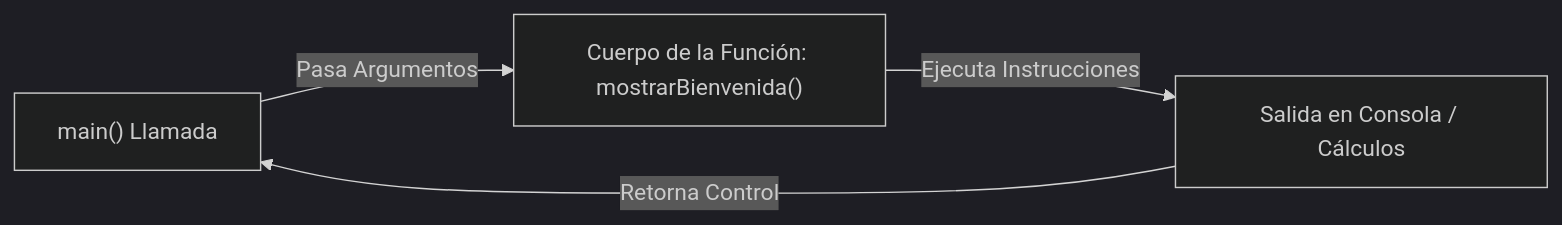
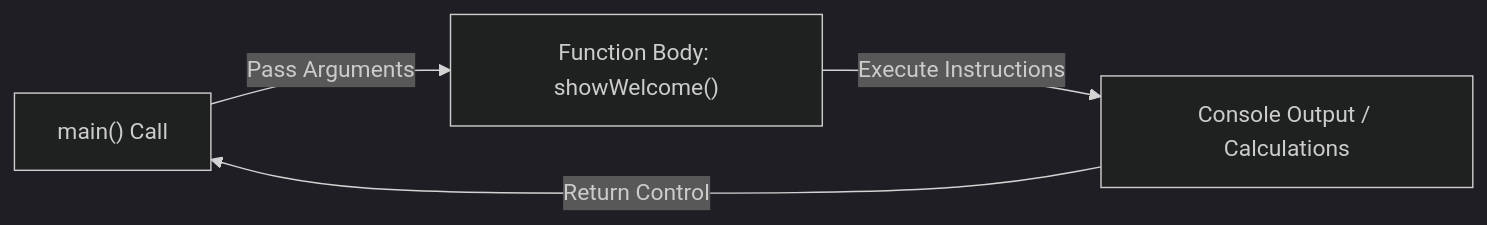
Before and after one commit to MiniLux0/LearningCpp: the diagram in 03_Subroutines/theory/L23_Functions.md, drawn with Mermaid (dark theme). The commit also changed 10 other files, not shown here.

Commit message:
Migrate complex memory Mermaid diagrams to Python generated SVGs

````diff
--- a/03_Subroutines/theory/L23_Functions.md
+++ b/03_Subroutines/theory/L23_Functions.md
@@ -30,6 +30,6 @@
 ```mermaid
 graph LR
-    Caller["main() Llamada"] -->|Pasa Argumentos| Func["Cuerpo de la Función: mostrarBienvenida()"]
-    Func -->|Ejecuta Instrucciones| Ops["Salida en Consola / Cálculos"]
-    Ops -->|Retorna Control| Caller
+    Caller["main() Call"] -->|Pass Arguments| Func["Function Body: showWelcome()"]
+    Func -->|Execute Instructions| Ops["Console Output / Calculations"]
+    Ops -->|Return Control| Caller
 ```
````
